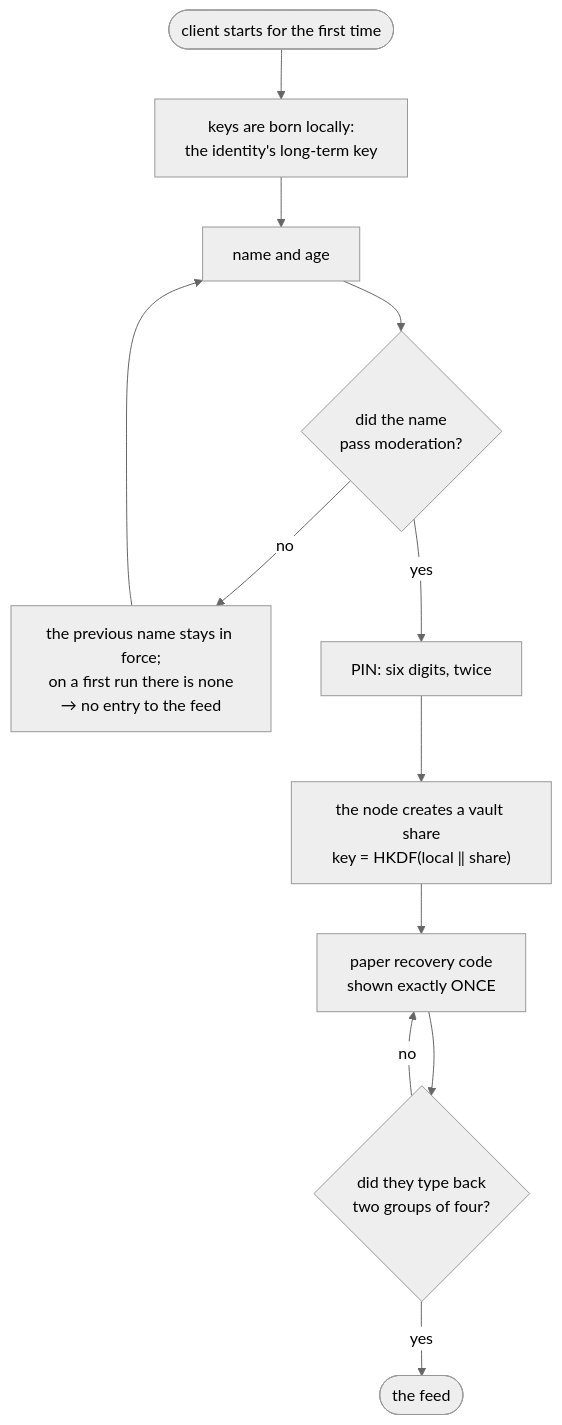
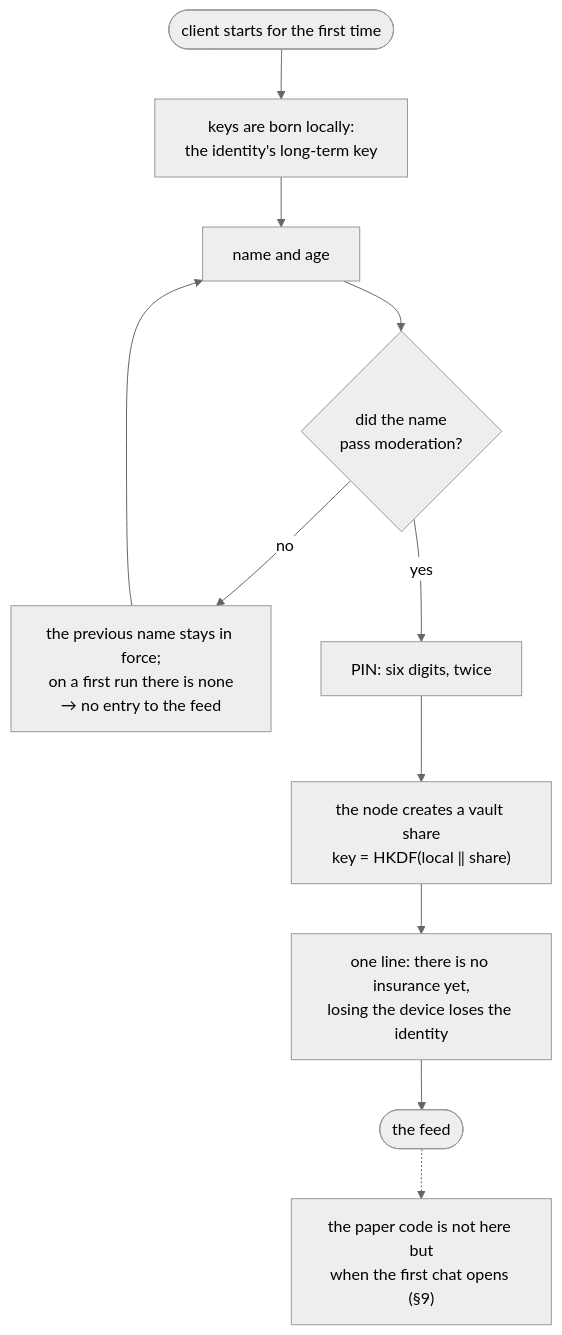
One commit to panov-id/xor.ad changed the first of 26 diagrams in docs/chat-flows_EN.md. Above: the diagram before and after it, drawn with Mermaid (neutral theme). The commit also changed other lines of this file and 5 other files, not shown here.

````diff
--- a/docs/chat-flows_EN.md
+++ b/docs/chat-flows_EN.md
@@ -21,14 +21,13 @@
 ```mermaid
 flowchart TD
   start(["client starts for the first time"]) --> keys["keys are born locally:<br/>the identity's long-term key"]
   keys --> form["name and age"]
   form --> mod{"did the name<br/>pass moderation?"}
   mod -- "no" --> again["the previous name stays in force;<br/>on a first run there is none<br/>→ no entry to the feed"]
   again --> form
   mod -- "yes" --> pin["PIN: six digits, twice"]
   pin --> share["the node creates a vault share<br/>key = HKDF#40;local ‖ share#41;"]
-  share --> paper["paper recovery code<br/>shown exactly ONCE"]
-  paper --> confirm{"did they type back<br/>two groups of four?"}
-  confirm -- "no" --> paper
-  confirm -- "yes" --> feed(["the feed"])
+  share --> warn["one line: there is no insurance yet,<br/>losing the device loses the identity"]
+  warn --> feed(["the feed"])
+  feed -.-> later["the paper code is not here but<br/>when the first chat opens #40;§9#41;"]
 ```
````
